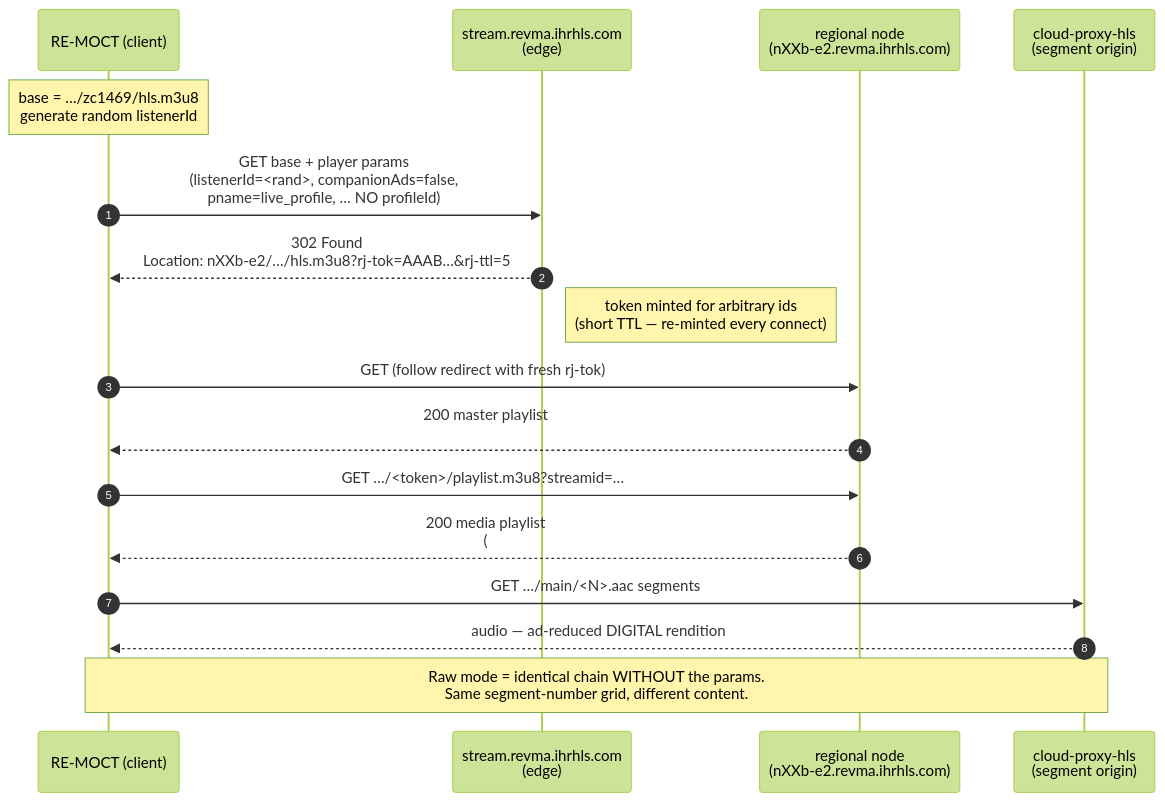
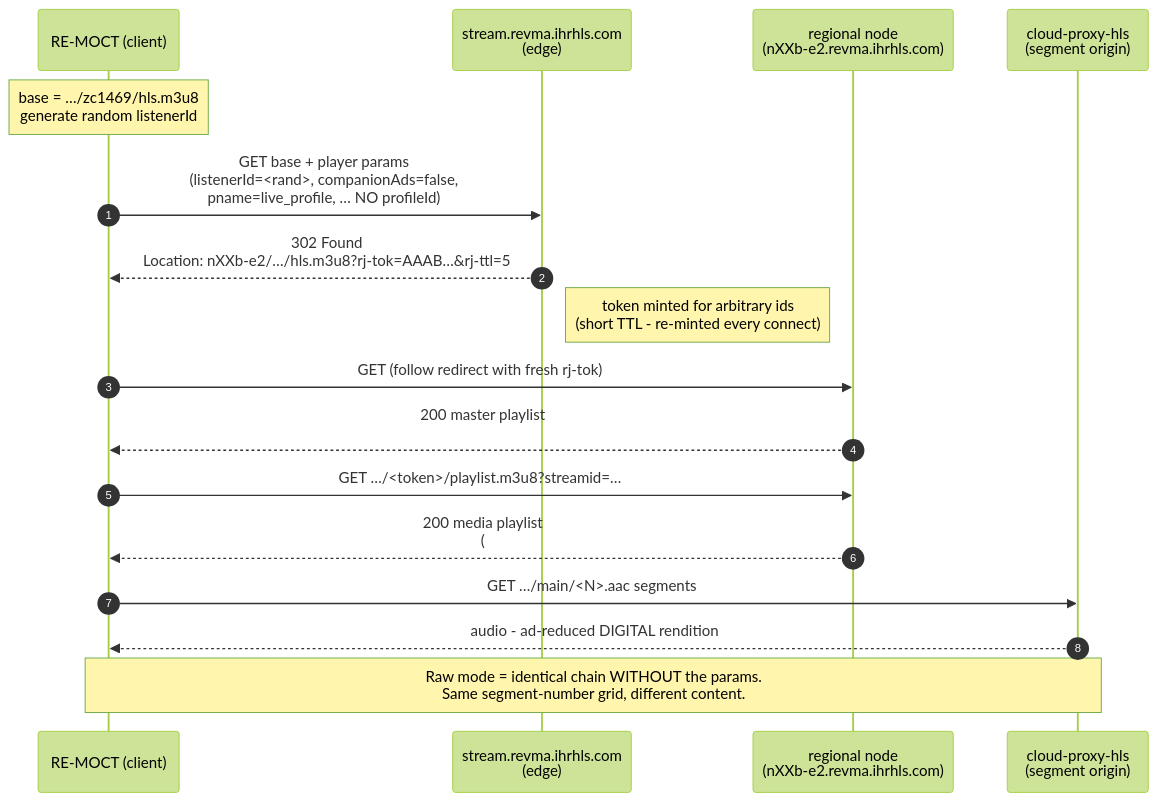
Before and after one commit to RadMageIRL/re-moct: the diagram in docs/IHeartRadio/DEBRIEF.md, drawn with Mermaid (forest theme). The commit also changed other lines of this file and 23 other files, not shown here.

````diff
--- a/docs/IHeartRadio/DEBRIEF.md
+++ b/docs/IHeartRadio/DEBRIEF.md
@@ -99,25 +99,25 @@
 ```mermaid
 sequenceDiagram
     autonumber
     participant C as RE-MOCT (client)
     participant E as stream.revma.ihrhls.com<br/>(edge)
     participant N as regional node<br/>(nXXb-e2.revma.ihrhls.com)
     participant S as cloud-proxy-hls<br/>(segment origin)
 
     Note over C: base = …/zc1469/hls.m3u8<br/>generate random listenerId
 
     C->>E: GET base + player params<br/>(listenerId=<rand>, companionAds=false,<br/>pname=live_profile, … NO profileId)
     E-->>C: 302 Found<br/>Location: nXXb-e2/…/hls.m3u8?rj-tok=AAAB…&rj-ttl=5
-    Note right of E: token minted for arbitrary ids<br/>(short TTL — re-minted every connect)
+    Note right of E: token minted for arbitrary ids<br/>(short TTL - re-minted every connect)
 
     C->>N: GET (follow redirect with fresh rj-tok)
     N-->>C: 200 master playlist<br/>#EXT-X-STREAM-INF → variant (params carried)
 
     C->>N: GET …/<token>/playlist.m3u8?streamid=…
     N-->>C: 200 media playlist<br/>(#EXTINF + in-band song metadata)
 
     C->>S: GET …/main/<N>.aac segments
-    S-->>C: audio — ad-reduced DIGITAL rendition
+    S-->>C: audio - ad-reduced DIGITAL rendition
 
     Note over C,S: Raw mode = identical chain WITHOUT the params.<br/>Same segment-number grid, different content.
 ```
````
